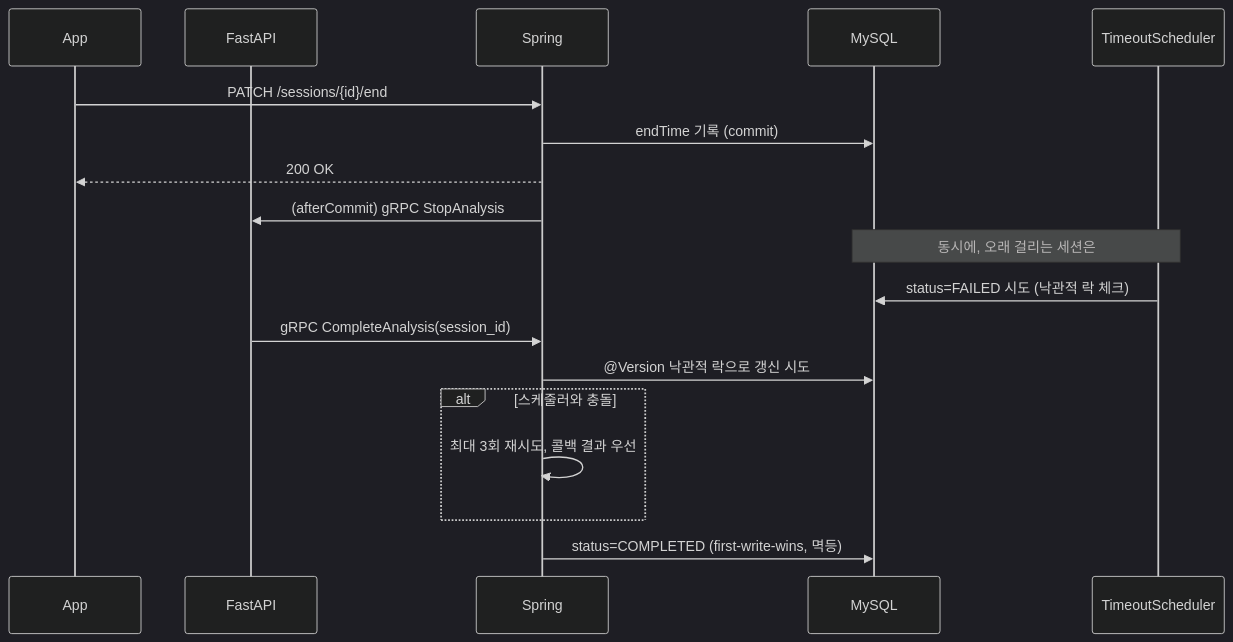
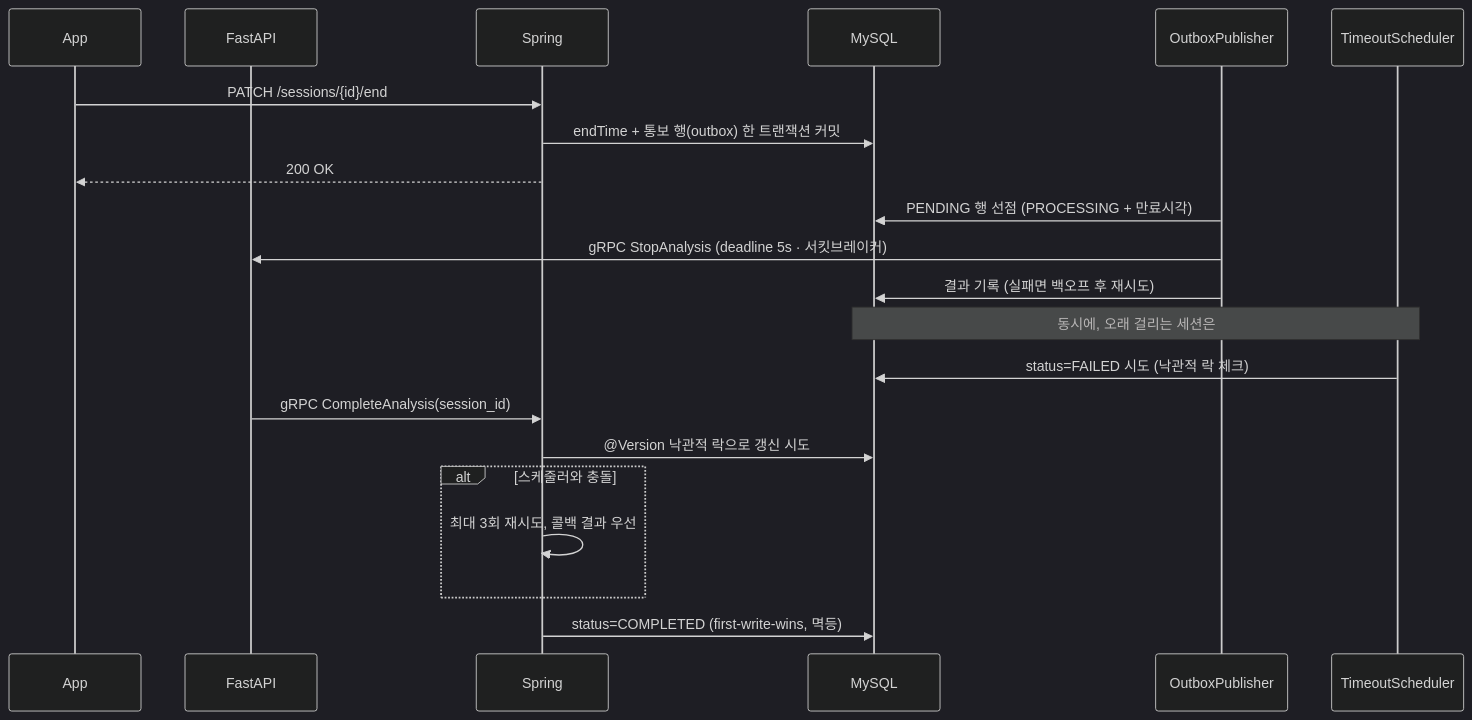
The third of 3 diagrams in README.md (Shadowfit/backend), drawn with Mermaid (dark theme) before and after one commit. The commit also changed other lines of this file, not shown here.

````diff
--- a/README.md
+++ b/README.md
@@ -93,23 +118,27 @@
 ```mermaid
 sequenceDiagram
     participant App as App
     participant AI as FastAPI
     participant BE as Spring
     participant DB as MySQL
+    participant P as OutboxPublisher
     participant T as TimeoutScheduler
 
     App->>BE: PATCH /sessions/{id}/end
-    BE->>DB: endTime 기록 (commit)
+    BE->>DB: endTime + 통보 행(outbox) 한 트랜잭션 커밋
     BE-->>App: 200 OK
-    BE->>AI: (afterCommit) gRPC StopAnalysis
+
+    P->>DB: PENDING 행 선점 (PROCESSING + 만료시각)
+    P->>AI: gRPC StopAnalysis (deadline 5s · 서킷브레이커)
+    P->>DB: 결과 기록 (실패면 백오프 후 재시도)
 
     Note over T,DB: 동시에, 오래 걸리는 세션은
     T->>DB: status=FAILED 시도 (낙관적 락 체크)
 
     AI->>BE: gRPC CompleteAnalysis(session_id)
     BE->>DB: @Version 낙관적 락으로 갱신 시도
     alt 스케줄러와 충돌
         BE->>BE: 최대 3회 재시도, 콜백 결과 우선
     end
     BE->>DB: status=COMPLETED (first-write-wins, 멱등)
 ```
````
